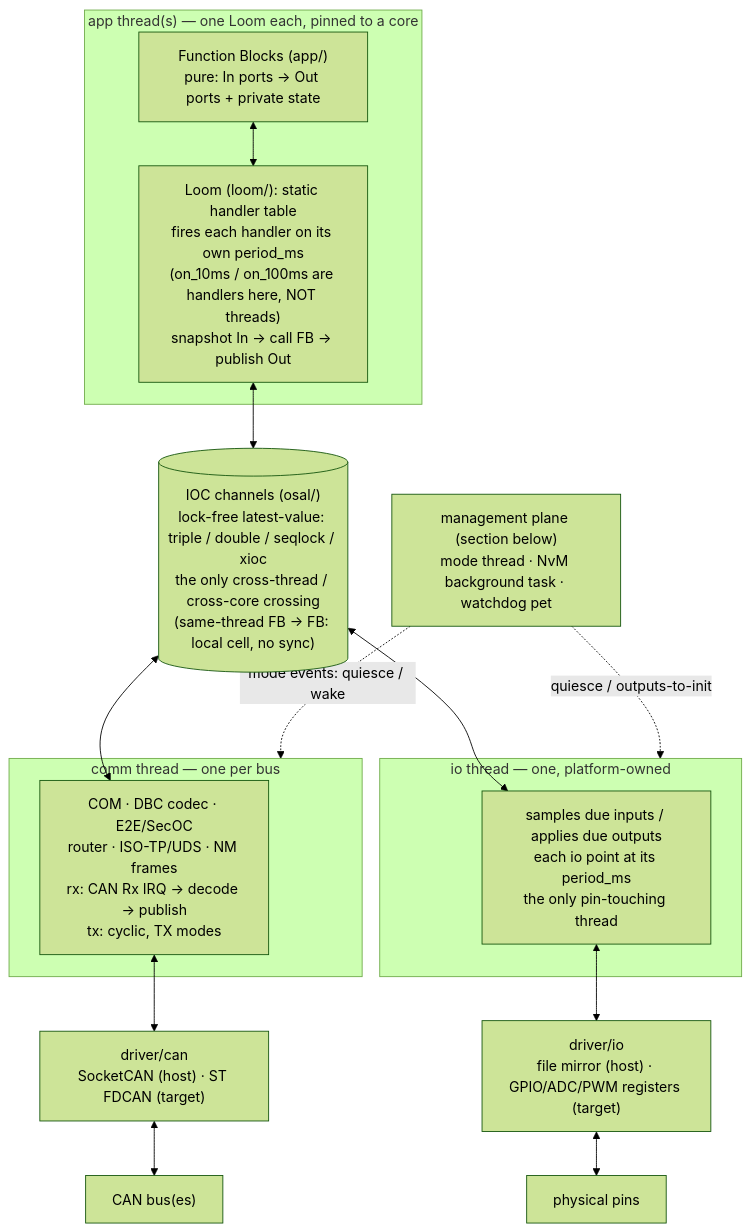
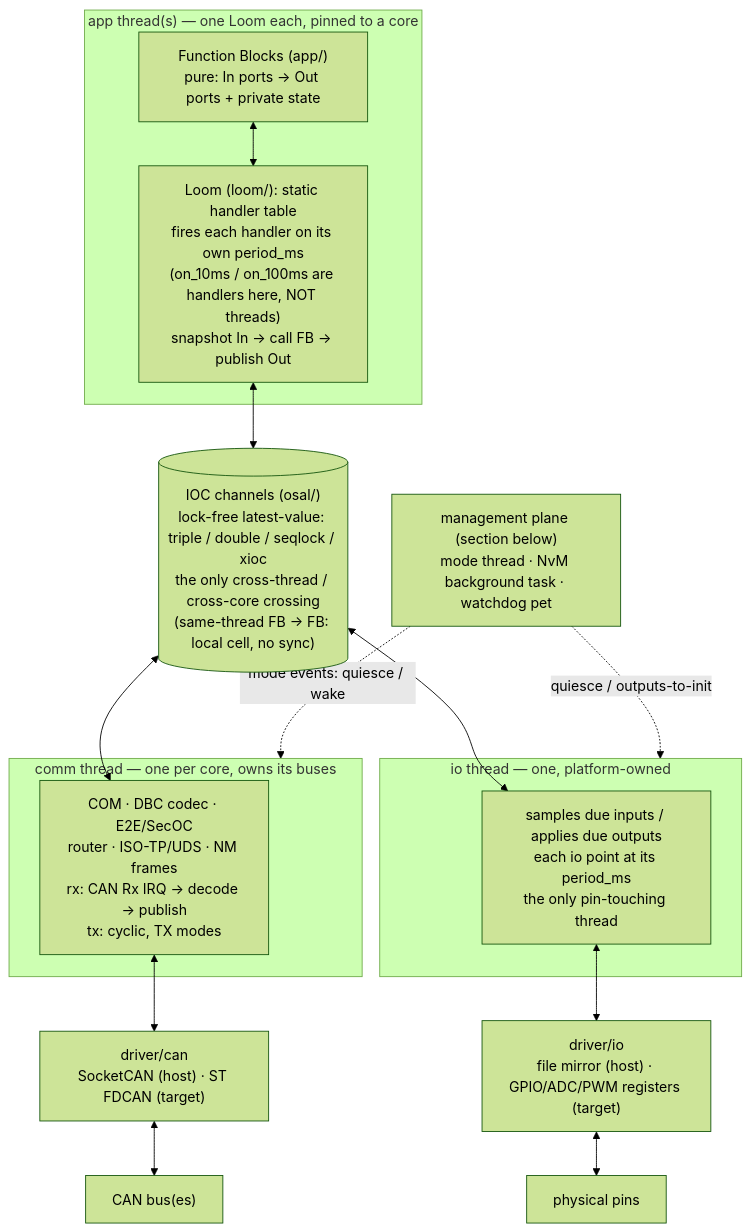
One commit to MartenH/blobly_emb changed the first of 3 diagrams in docs/architecture.md. Above: the diagram before and after it, drawn with Mermaid (forest theme). The commit also changed other lines of this file, not shown here.

First line of the commit message:
docs: comm thread is per-core (owns its buses), not per-bus

````diff
--- a/docs/architecture.md
+++ b/docs/architecture.md
@@ -14,35 +14,35 @@
 ```mermaid
 graph TB
   subgraph APPTH["app thread(s) — one Loom each, pinned to a core"]
     FB["Function Blocks (app/)<br/>pure: In ports -> Out ports + private state"]
     LOOM["Loom (loom/): static handler table<br/>fires each handler on its own period_ms<br/>(on_10ms / on_100ms are handlers here, NOT threads)<br/>snapshot In -> call FB -> publish Out"]
   end
 
   IOC[("IOC channels (osal/)<br/>lock-free latest-value: triple / double / seqlock / xioc<br/>the only cross-thread / cross-core crossing<br/>(same-thread FB -> FB: local cell, no sync)")]
 
-  subgraph COMMTH["comm thread — one per bus"]
+  subgraph COMMTH["comm thread — one per core, owns its buses"]
     COM["COM · DBC codec · E2E/SecOC<br/>router · ISO-TP/UDS · NM frames<br/>rx: CAN Rx IRQ -> decode -> publish<br/>tx: cyclic, TX modes"]
   end
 
   subgraph IOTH["io thread — one, platform-owned"]
     IOSRV["samples due inputs / applies due outputs<br/>each io point at its period_ms<br/>the only pin-touching thread"]
   end
 
   MGMT["management plane (section below)<br/>mode thread · NvM background task · watchdog pet"]
 
   DRV["driver/can<br/>SocketCAN (host) · ST FDCAN (target)"]
   IODRV["driver/io<br/>file mirror (host) · GPIO/ADC/PWM registers (target)"]
   BUS["CAN bus(es)"]
   PINS["physical pins"]
 
   FB <--> LOOM
   LOOM <--> IOC
   IOC <--> COM
   IOC <--> IOSRV
   COM <--> DRV
   DRV <--> BUS
   IOSRV <--> IODRV
   IODRV <--> PINS
   MGMT -. "mode events: quiesce / wake" .-> COMMTH
   MGMT -. "quiesce / outputs-to-init" .-> IOTH
 ```
````
